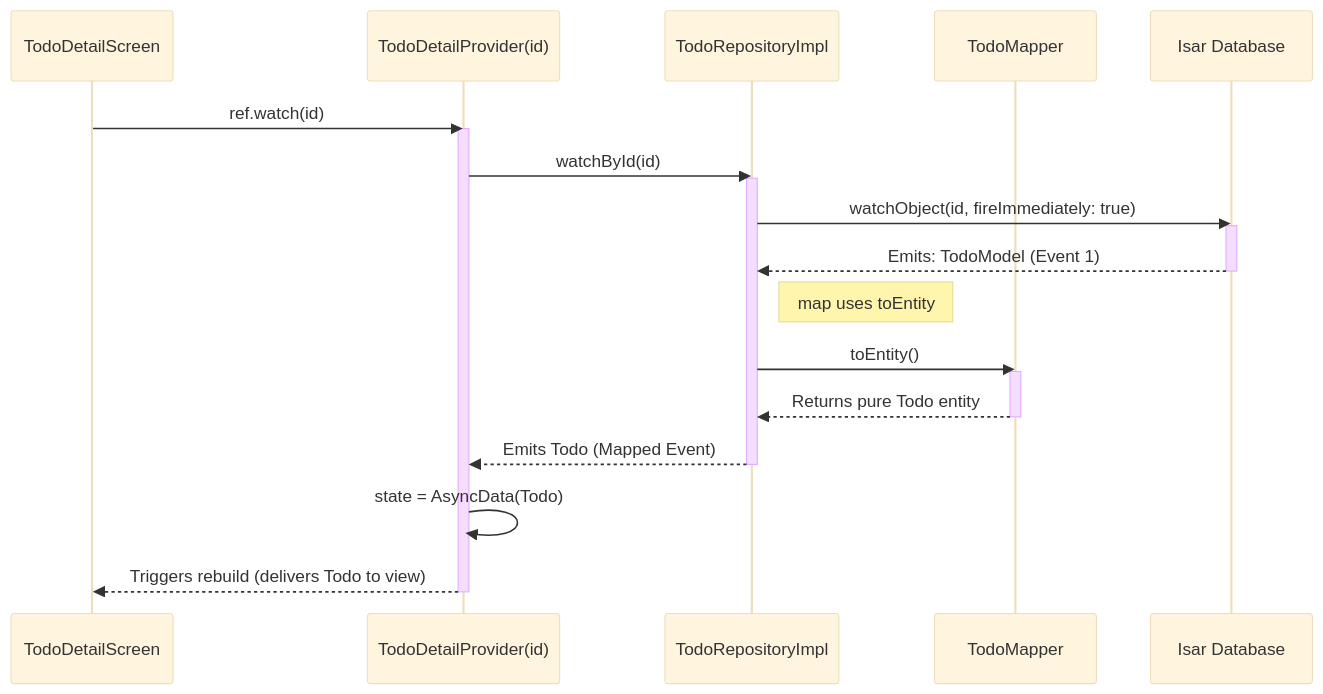
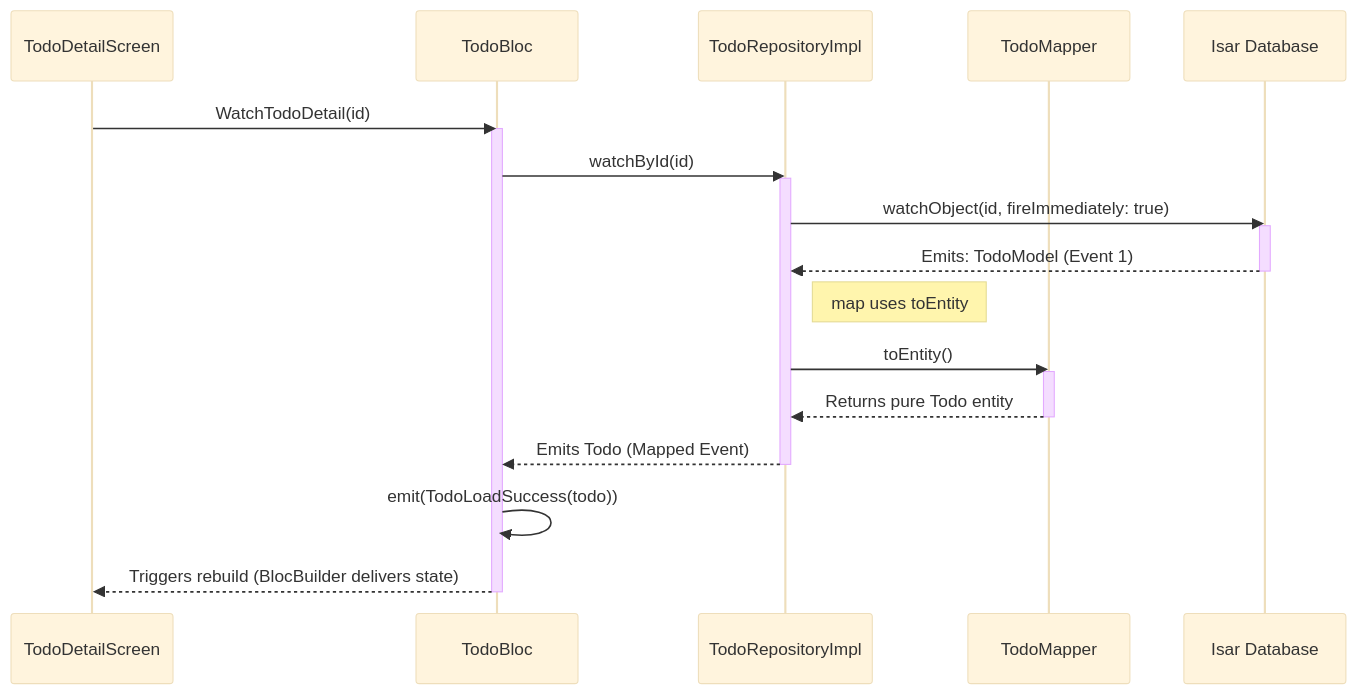
One commit to EKER-Studio/flutter_bloc_boilerplate changed the second of 2 diagrams in README.md. Above: the diagram before and after it, drawn with Mermaid (base theme). The commit also changed other lines of this file, not shown here.

Commit message:
refactor: update README to reflect BLoC and GetIt integration, enhancing clarity on architecture and features

````diff
--- a/README.md
+++ b/README.md
@@ -148,31 +174,31 @@
 ```mermaid
 sequenceDiagram
     participant UI as TodoDetailScreen
-    participant Prov as TodoDetailProvider(id)
+    participant Bloc as TodoBloc
     participant Repo as TodoRepositoryImpl
     participant Mapper as TodoMapper
     participant DB as Isar Database
 
-    UI->>Prov: ref.watch(id)
-    activate Prov
-    Prov->>Repo: watchById(id)
+    UI->>Bloc: WatchTodoDetail(id)
+    activate Bloc
+    Bloc->>Repo: watchById(id)
     activate Repo
     Repo->>DB: watchObject(id, fireImmediately: true)
     activate DB
     DB-->>Repo: Emits: TodoModel (Event 1)
     deactivate DB
     
     note right of Repo: map uses toEntity
     
     Repo->>Mapper: toEntity()
     activate Mapper
     Mapper-->>Repo: Returns pure Todo entity
     deactivate Mapper
     
-    Repo-->>Prov: Emits Todo (Mapped Event)
+    Repo-->>Bloc: Emits Todo (Mapped Event)
     deactivate Repo
     
-    Prov->>Prov: state = AsyncData(Todo)
-    Prov-->>UI: Triggers rebuild (delivers Todo to view)
-    deactivate Prov
+    Bloc->>Bloc: emit(TodoLoadSuccess(todo))
+    Bloc-->>UI: Triggers rebuild (BlocBuilder delivers state)
+    deactivate Bloc
 ```
````
